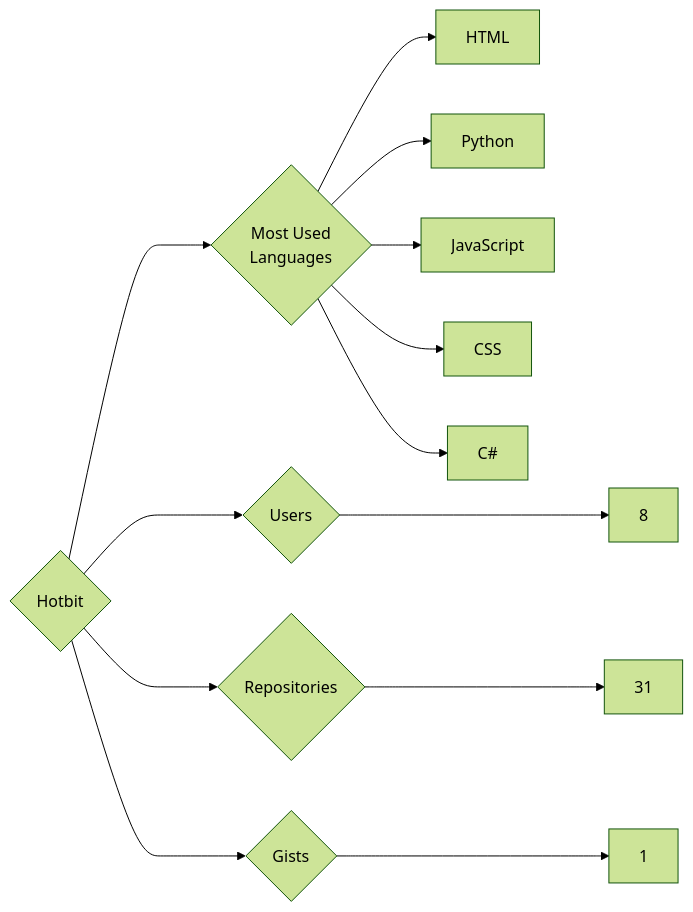
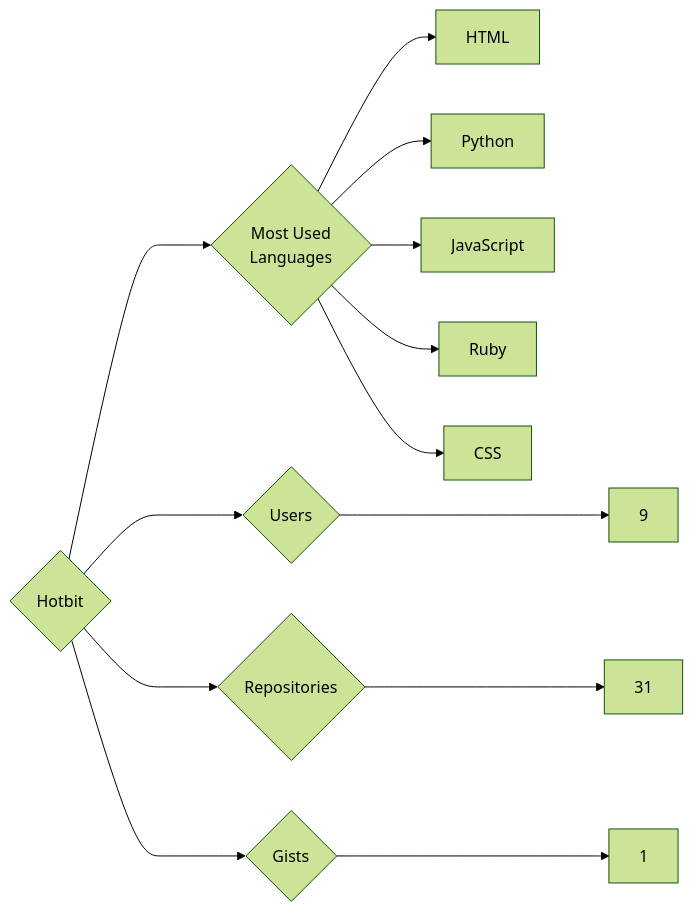
Before and after one commit to trickest/insiders: the diagram in targets/Hotbit/README.md, drawn with Mermaid (forest theme). The commit also changed 1088 other files, not shown here.

````diff
--- a/targets/Hotbit/README.md
+++ b/targets/Hotbit/README.md
@@ -3,13 +3,13 @@
 ```mermaid
 graph LR
 COMPANY_NAME{Hotbit}
-COMPANY_NAME ---> U{Users} ---> UN[8]
+COMPANY_NAME ---> U{Users} ---> UN[9]
 COMPANY_NAME ---> R{Repositories} ---> RN[31]
 COMPANY_NAME ---> G{Gists} ---> GN[1]
 COMPANY_NAME ---> ML{Most Used<br>Languages}
 ML --> HTML[HTML]
 ML --> Python[Python]
 ML --> JavaScript[JavaScript]
+ML --> Ruby[Ruby]
 ML --> CSS[CSS]
-ML --> C#[C#]
 ```
````
